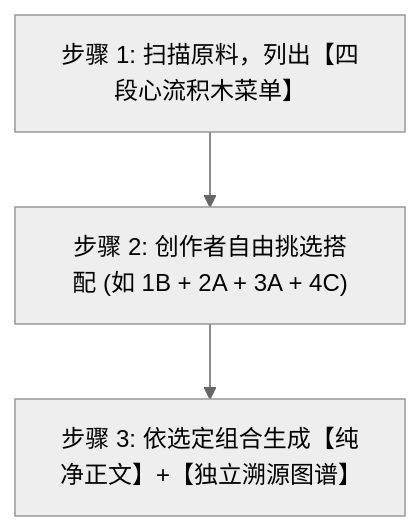
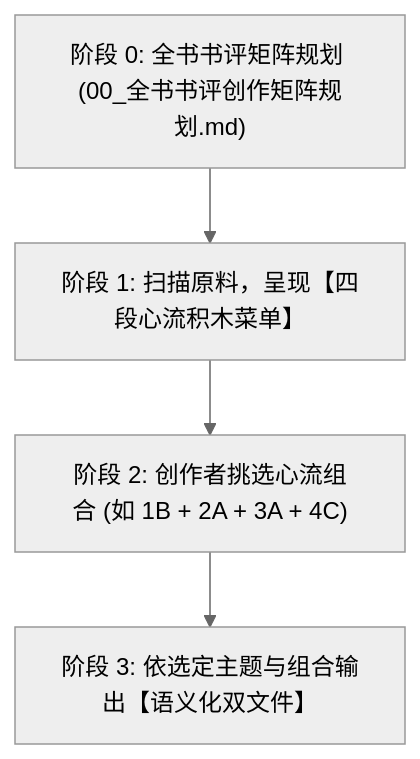
Before and after one commit to ubworkshop/book-distiller: the diagram in subskills/book-review/SKILL.md, drawn with Mermaid (neutral theme). The commit also changed other lines of this file and 6 other files, not shown here.

````diff
--- a/subskills/book-review/SKILL.md
+++ b/subskills/book-review/SKILL.md
@@ -28,5 +28,6 @@
 ```mermaid
 flowchart TD
-    Step1["步骤 1: 扫描原料，列出【四段心流积木菜单】"] --> Step2["步骤 2: 创作者自由挑选搭配 (如 1B + 2A + 3A + 4C)"]
-    Step2 --> Step3["步骤 3: 依选定组合生成【纯净正文】+【独立溯源图谱】"]
+    Step0["阶段 0: 全书书评矩阵规划 (00_全书书评创作矩阵规划.md)"] --> Step1["阶段 1: 扫描原料，呈现【四段心流积木菜单】"]
+    Step1 --> Step2["阶段 2: 创作者挑选心流组合 (如 1B + 2A + 3A + 4C)"]
+    Step2 --> Step3["阶段 3: 依选定主题与组合输出【语义化双文件】"]
 ```
````
